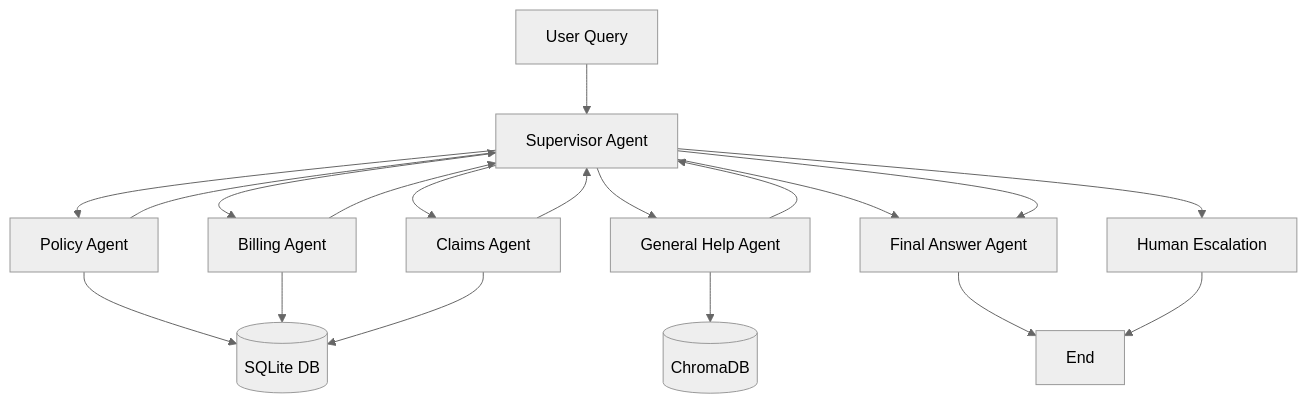
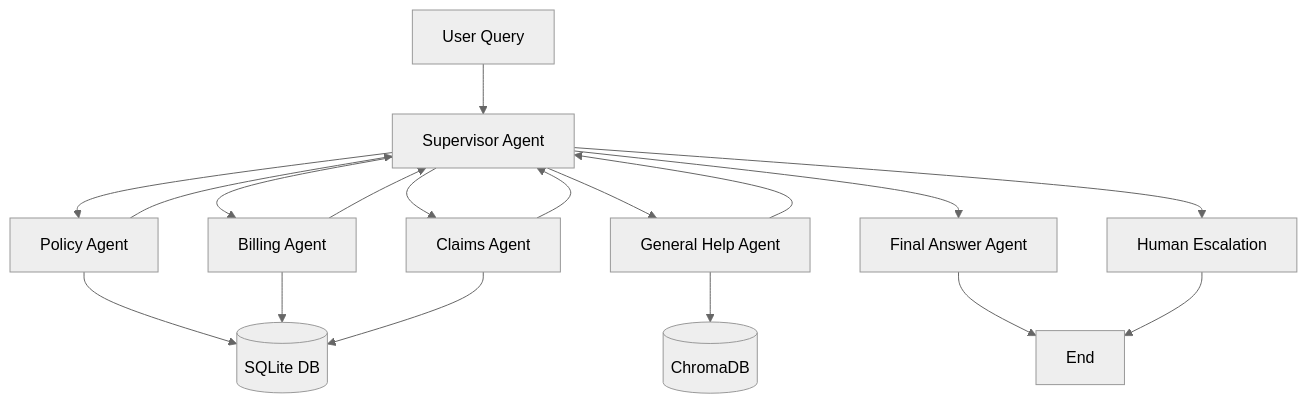
Before and after one commit to vinodcurieux/multi-agent-system: the diagram in README.md, drawn with Mermaid (neutral theme).

````diff
--- a/README.md
+++ b/README.md
@@ -30,24 +30,23 @@
 ```mermaid
 graph TD;
     User[User Query] --> Supervisor[Supervisor Agent]
     Supervisor --> Policy[Policy Agent]
     Supervisor --> Billing[Billing Agent]
     Supervisor --> Claims[Claims Agent]
     Supervisor --> General[General Help Agent]
     Supervisor --> Human[Human Escalation]
     Supervisor --> Final[Final Answer Agent]
     
     Policy --> Database[(SQLite DB)]
     Billing --> Database
     Claims --> Database
     General --> VectorDB[(ChromaDB)]
     
     Policy --> Supervisor
     Billing --> Supervisor
     Claims --> Supervisor
     General --> Supervisor
     
-    Supervisor --> Final
     Final --> End[End]
     Human --> End
 ```
````
